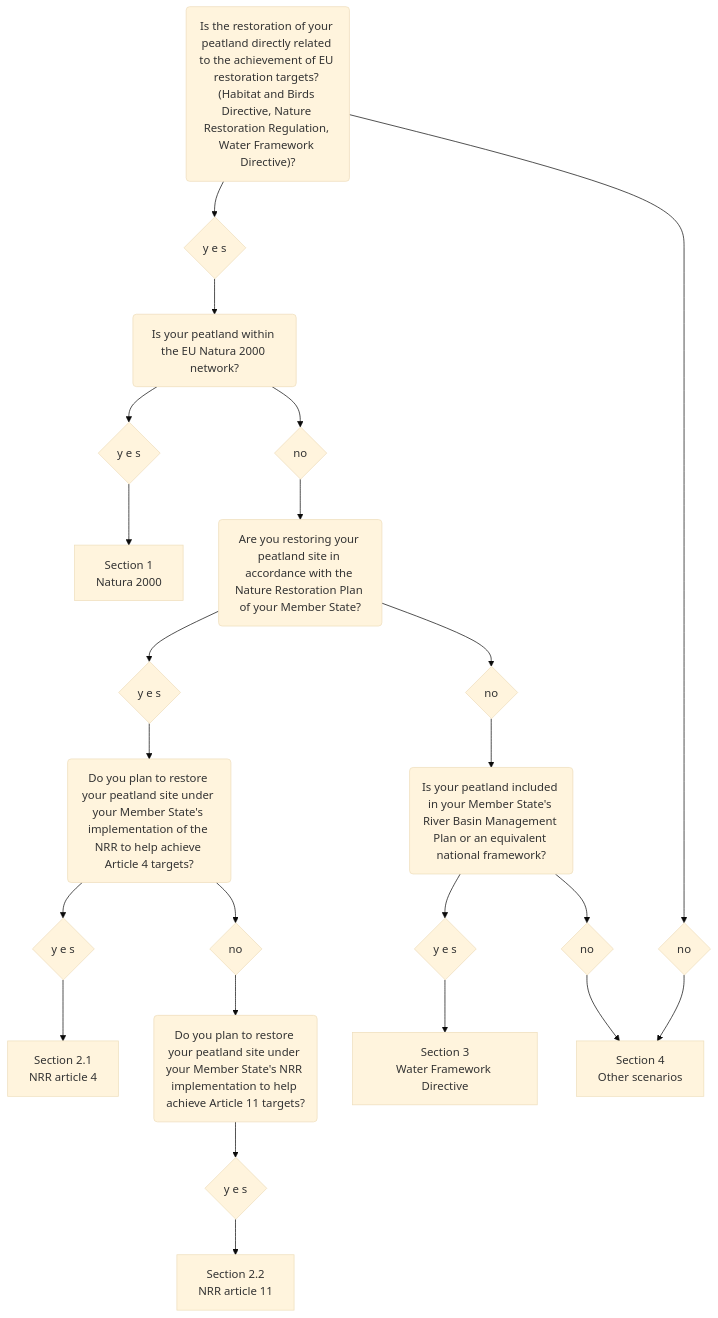
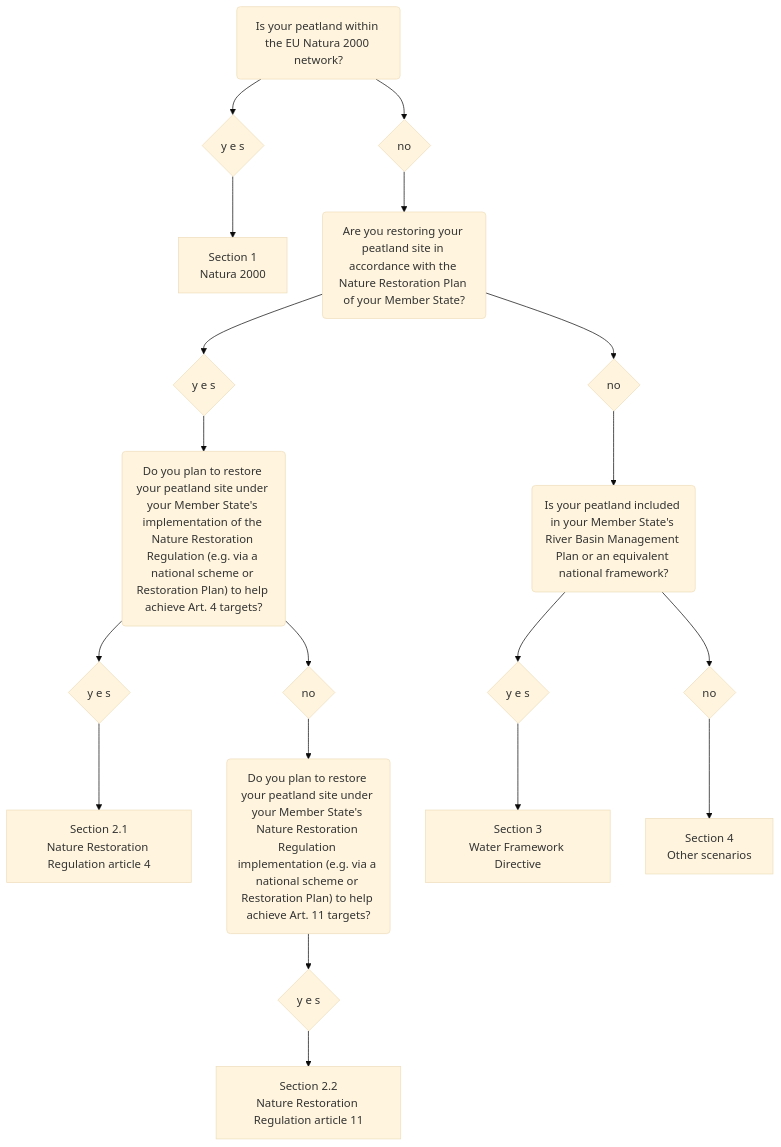
The diagram in _pages/peatlands/restoration-funding.md (inbo/nature-restoration), drawn with Mermaid (base theme) before and after one commit. The commit also changed other lines of this file and 2 other files, not shown here.

````diff
--- a/_pages/peatlands/restoration-funding.md
+++ b/_pages/peatlands/restoration-funding.md
@@ -13,49 +21,42 @@
 ```mermaid
     graph TD
     %%{wrap}%%
-       
-        A("Is the restoration of your peatland directly related to the achievement of EU restoration targets? (Habitat and Birds Directive, Nature Restoration Regulation, Water Framework Directive)?"):::decision
-        A --> AY{y e s}:::greenfill
-        A --> AN{no}:::redfill
-
-        AN --> T4
-        AY --> B
 
         B("Is your peatland within the EU Natura 2000 network?"):::decision
         B --> BY{y e s}:::greenfill
         B --> BN{no}:::redfill
 
         BY --> T1
         BN --> C
 
         C("Are you restoring your peatland site in accordance with the Nature Restoration Plan of your Member State?"):::decision
         C --> CY{y e s}:::greenfill
         C --> CN{no}:::redfill
 
         CY --> D
         CN --> E
 
-        D("Do you plan to restore your peatland site under your Member State's implementation of the NRR to help achieve Article 4 targets?"):::decision
+        D("Do you plan to restore your peatland site under your Member State's implementation of the Nature Restoration Regulation (e.g. via a national scheme or Restoration Plan) to help achieve Art. 4 targets?"):::decision
         D --> DY{y e s}:::greenfill
         D --> DN{no}:::redfill
 
         DY --> T21
         DN --> F
 
-        F("Do you plan to restore your peatland site under your Member State's NRR implementation to help achieve Article 11 targets?"):::decision
+        F("Do you plan to restore your peatland site under your Member State's Nature Restoration Regulation implementation (e.g. via a national scheme or Restoration Plan) to help achieve Art. 11 targets?"):::decision
         F --> FY{y e s}:::greenfill
         FY --> T22
 
         E("Is your peatland included in your Member State's River Basin Management Plan or an equivalent national framework?"):::decision
         E --> EY{y e s}:::greenfill
         E --> EN{no}:::redfill
 
         EY --> T3
         EN --> T4
 
     T1["<a href='#321-section-1-natura-2000-network' style='color:inherit;text-decoration:none;'>Section 1<br>Natura 2000</a>"]:::target
-    T21["<a href='#322-section-21-nature-restoration-regulation-art-4' style='color:inherit;text-decoration:none;'>Section 2.1<br>NRR article 4</a>"]:::target
-    T22["<a href='#323-section-22-nature-restoration-regulation-art-11' style='color:inherit;text-decoration:none;'>Section 2.2<br>NRR article 11</a>"]:::target
+    T21["<a href='#322-section-21-nature-restoration-regulation-art-4' style='color:inherit;text-decoration:none;'>Section 2.1<br>Nature Restoration Regulation article 4</a>"]:::target
+    T22["<a href='#323-section-22-nature-restoration-regulation-art-11' style='color:inherit;text-decoration:none;'>Section 2.2<br>Nature Restoration Regulation article 11</a>"]:::target
     T3["<a href='#324-section-3-water-framework-directive' style='color:inherit;text-decoration:none;'>Section 3<br>Water Framework Directive</a>"]:::target
     T4["<a href='#325-section-4-other-scenarios' style='color:inherit;text-decoration:none;'>Section 4<br>Other scenarios</a>"]:::target
 ```
````
